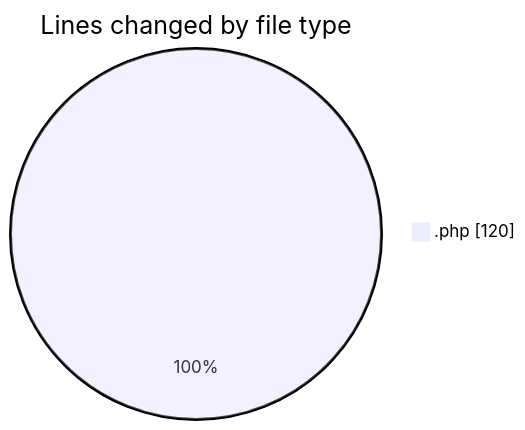
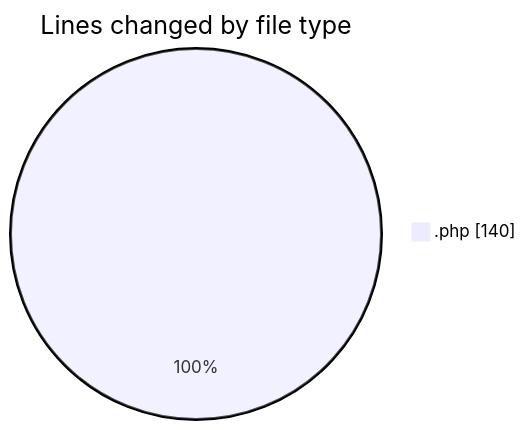
The first of 2 diagrams in 2025-01-22/includes/README.md (LanceThiago/code-tracking), drawn with Mermaid before and after one commit. The commit also changed other lines of this file and 1 other file, not shown here.

````diff
--- a/2025-01-22/includes/README.md
+++ b/2025-01-22/includes/README.md
@@ -20,5 +20,5 @@
 ```mermaid
 pie showData
 title Lines changed by file type
-".php" : 120
+".php" : 140
 ```
````
